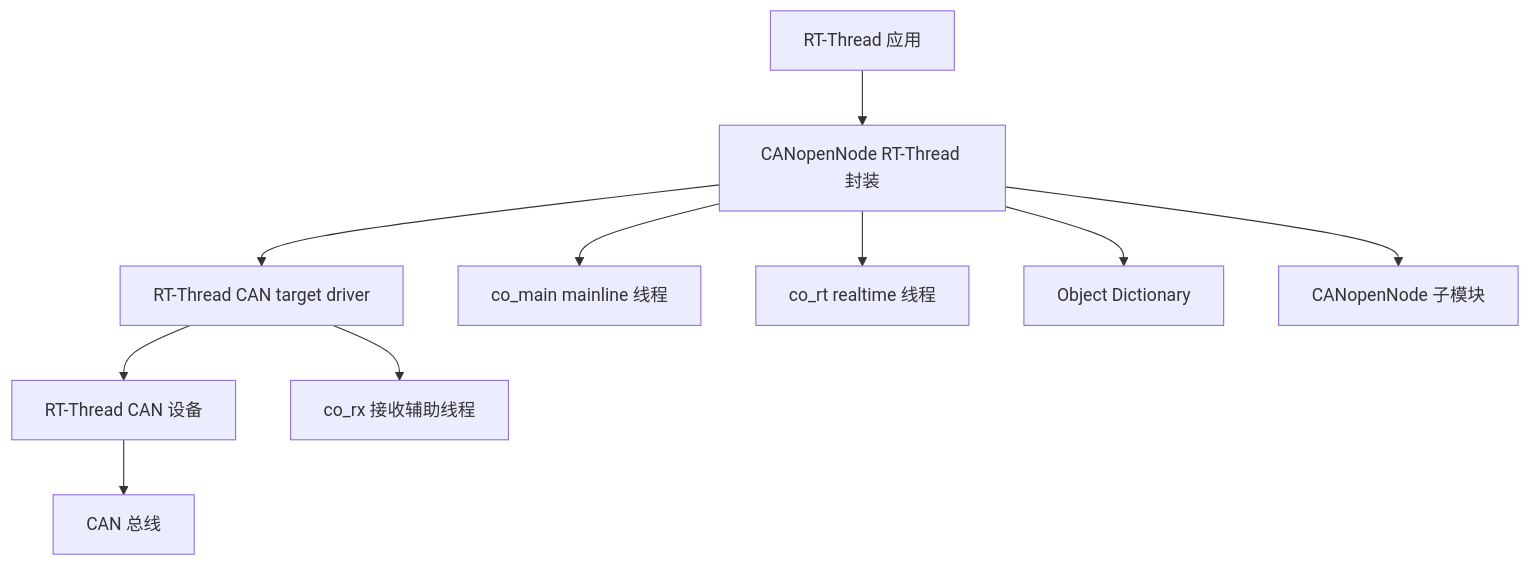
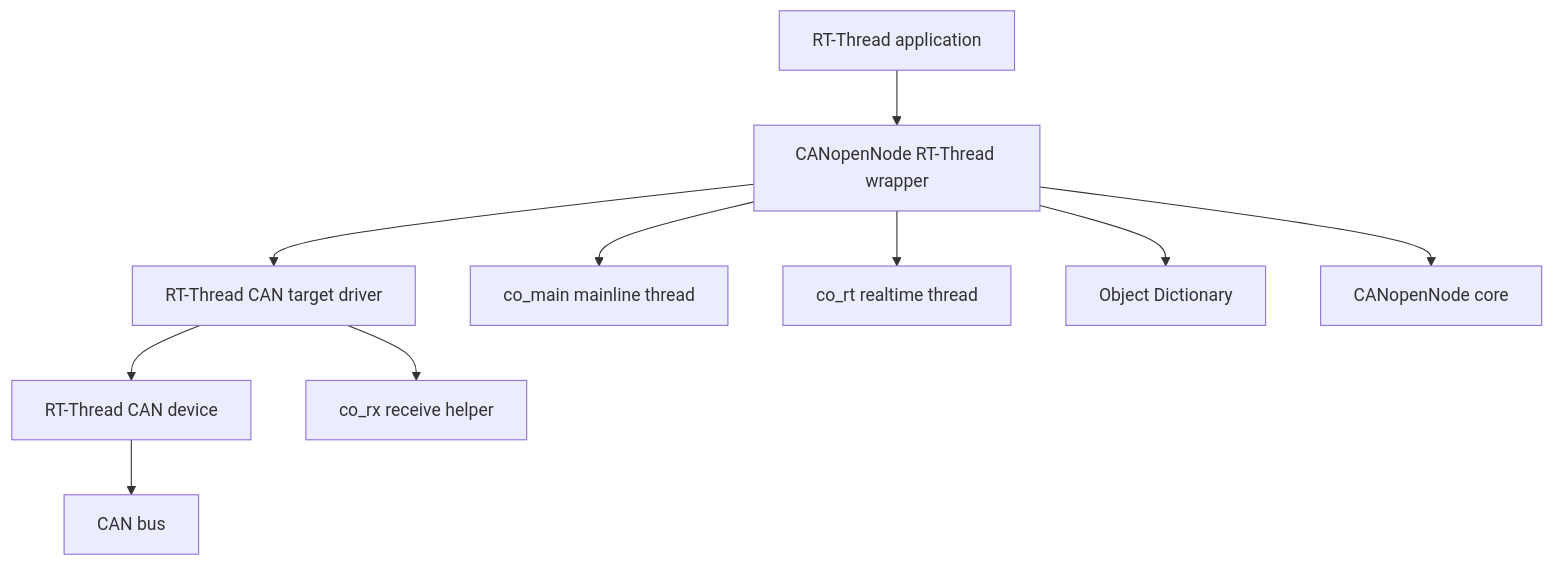
One commit to wdfk-prog/canopennode-rtt changed the diagram in README.zh-CN.md. Above: the diagram before and after it, drawn with Mermaid. The commit also changed other lines of this file and 38 other files, not shown here.

First line of the commit message:
chore[CANopenNode]: clean up and restructure project documentation

````diff
--- a/README.zh-CN.md
+++ b/README.zh-CN.md
@@ -103,12 +80,12 @@
 ```mermaid
 flowchart TD
-    App[RT-Thread 应用] --> Wrapper[CANopenNode RT-Thread 封装]
+    App[RT-Thread application] --> Wrapper[CANopenNode RT-Thread wrapper]
     Wrapper --> Driver[RT-Thread CAN target driver]
-    Driver --> CANDev[RT-Thread CAN 设备]
-    Wrapper --> Main[co_main mainline 线程]
-    Wrapper --> RealTime[co_rt realtime 线程]
-    Driver --> Rx[co_rx 接收辅助线程]
+    Driver --> CANDev[RT-Thread CAN device]
+    Driver --> Rx[co_rx receive helper]
+    Wrapper --> Main[co_main mainline thread]
+    Wrapper --> RealTime[co_rt realtime thread]
     Wrapper --> OD[Object Dictionary]
-    Wrapper --> Core[CANopenNode 子模块]
-    CANDev --> Bus[CAN 总线]
+    Wrapper --> Core[CANopenNode core]
+    CANDev --> Bus[CAN bus]
 ```
````
